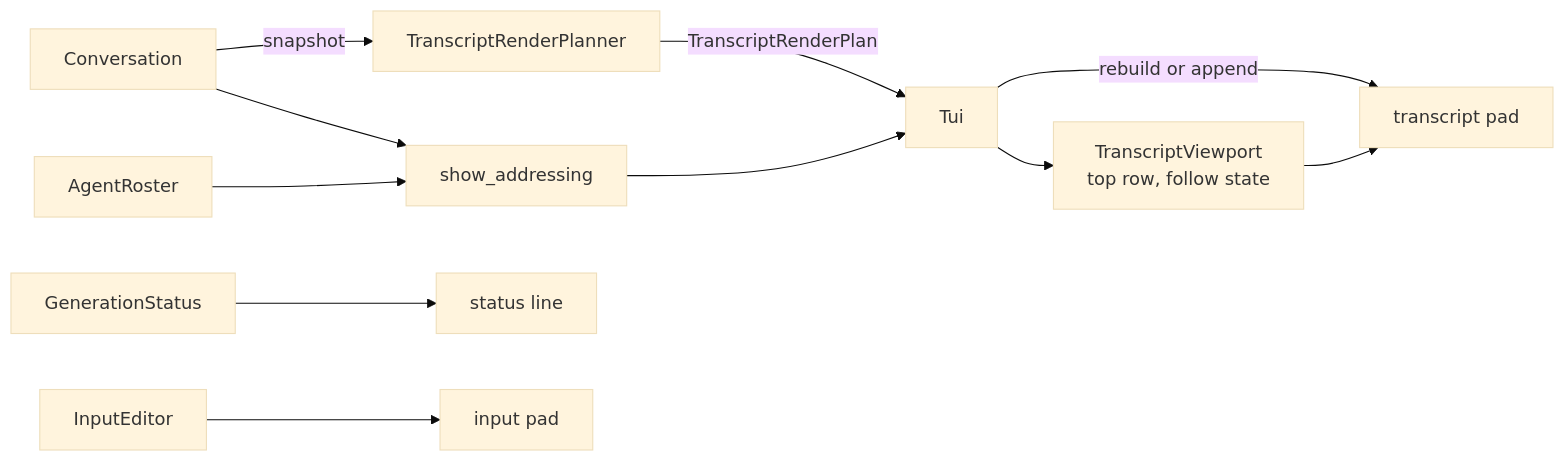
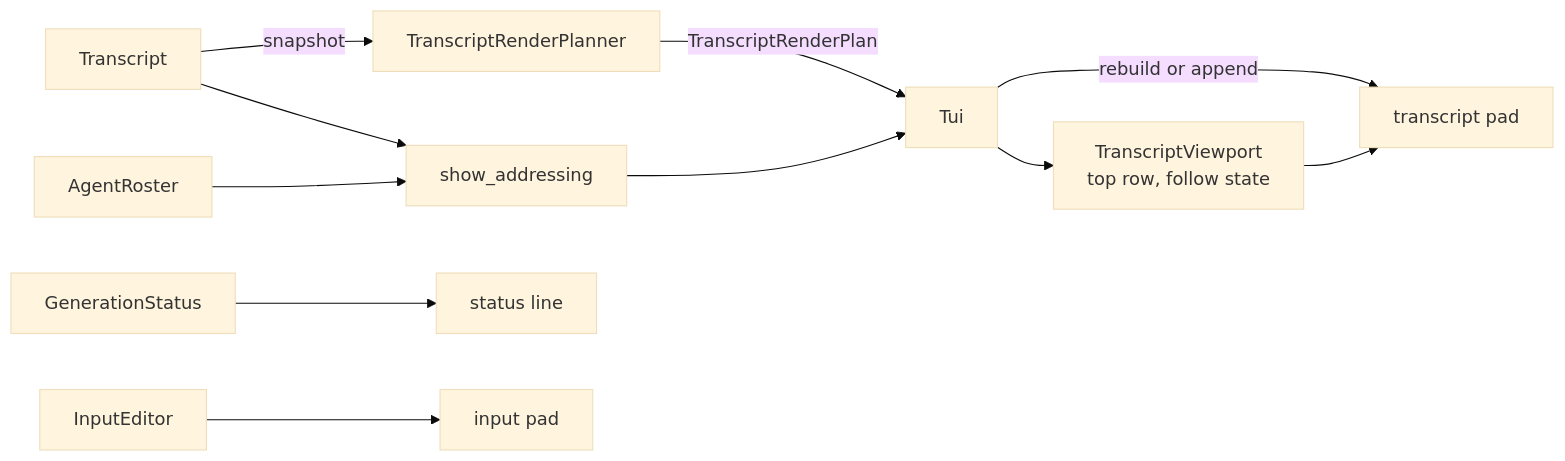
The second of 2 diagrams in src/ui/terminal/README.md (michaelpopov/cha), drawn with Mermaid (base theme) before and after one commit. The commit also changed other lines of this file and 48 other files, not shown here.

````diff
--- a/src/ui/terminal/README.md
+++ b/src/ui/terminal/README.md
@@ -92,13 +92,13 @@
 ```mermaid
 flowchart LR
-    conv["Conversation"] -->|"snapshot"| plan["TranscriptRenderPlanner"]
+    conv["Transcript"] -->|"snapshot"| plan["TranscriptRenderPlanner"]
     plan -->|"TranscriptRenderPlan"| tui["Tui"]
     tui -->|"rebuild or append"| pad["transcript pad"]
     tui --> port["TranscriptViewport<br/>top row, follow state"]
     port --> pad
     roster["AgentRoster"] --> addr["show_addressing"]
     conv --> addr
     addr --> tui
     status["GenerationStatus"] --> line["status line"]
     editor["InputEditor"] --> inpad["input pad"]
 ```
````
